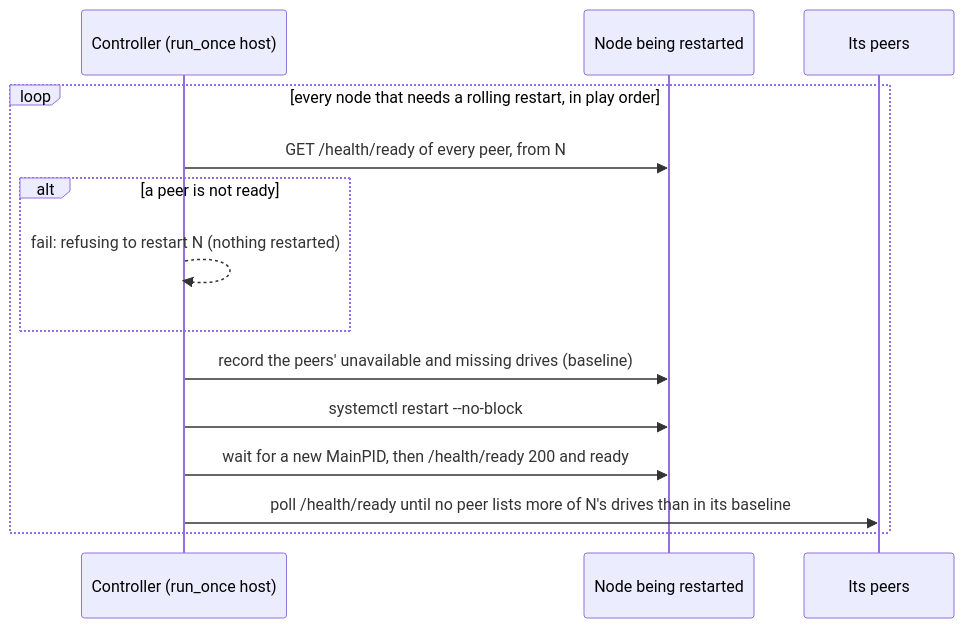
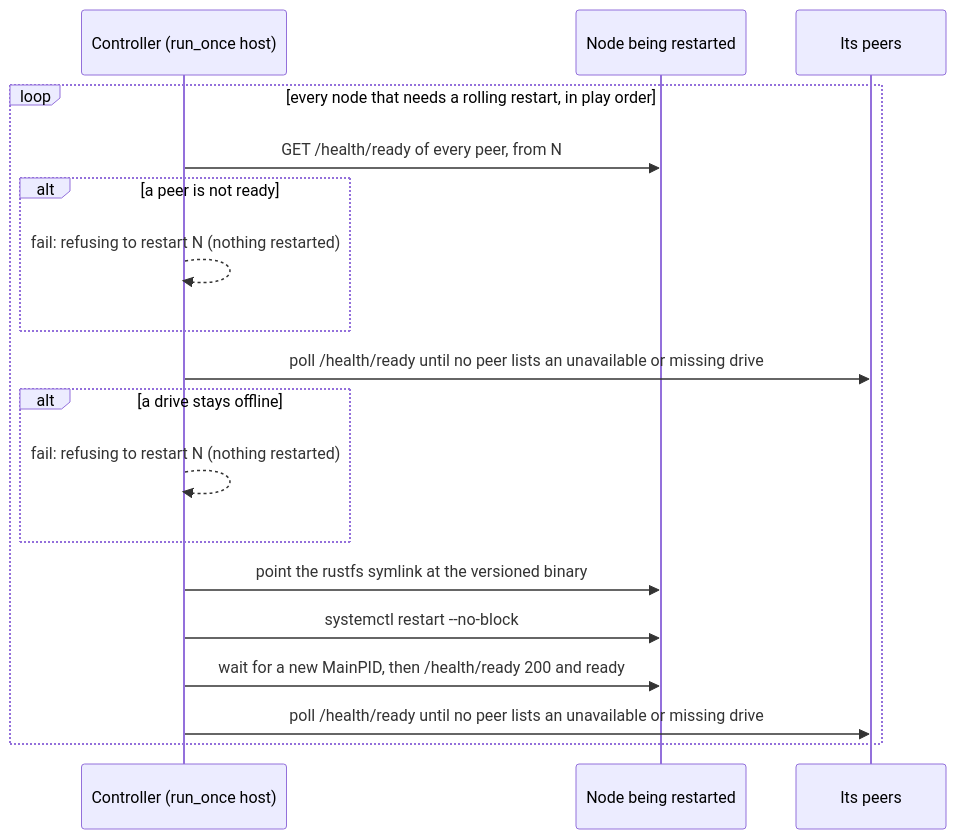
One commit to devopsgroupeu/ansible-role-rustfs changed the third of 3 diagrams in docs/ARCHITECTURE.md. Above: the diagram before and after it, drawn with Mermaid. The commit also changed other lines of this file and 4 other files, not shown here.

````diff
--- a/docs/ARCHITECTURE.md
+++ b/docs/ARCHITECTURE.md
@@ -192,17 +223,21 @@
 ```mermaid
 sequenceDiagram
     participant Ctrl as Controller (run_once host)
     participant N as Node being restarted
     participant P as Its peers
 
     loop every node that needs a rolling restart, in play order
         Ctrl->>N: GET /health/ready of every peer, from N
         alt a peer is not ready
             Ctrl-->>Ctrl: fail: refusing to restart N (nothing restarted)
         end
-        Ctrl->>N: record the peers' unavailable and missing drives (baseline)
+        Ctrl->>P: poll /health/ready until no peer lists an unavailable or missing drive
+        alt a drive stays offline
+            Ctrl-->>Ctrl: fail: refusing to restart N (nothing restarted)
+        end
+        Ctrl->>N: point the rustfs symlink at the versioned binary
         Ctrl->>N: systemctl restart --no-block
         Ctrl->>N: wait for a new MainPID, then /health/ready 200 and ready
-        Ctrl->>P: poll /health/ready until no peer lists more of N's drives than in its baseline
+        Ctrl->>P: poll /health/ready until no peer lists an unavailable or missing drive
     end
 ```
````
